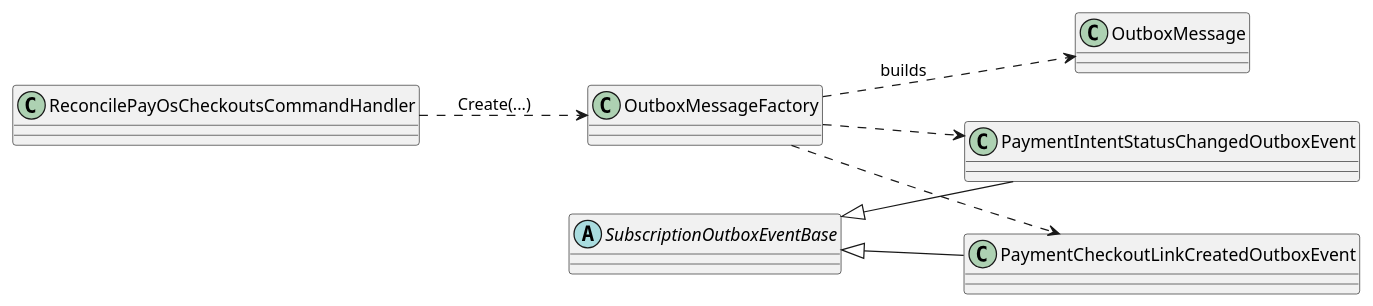
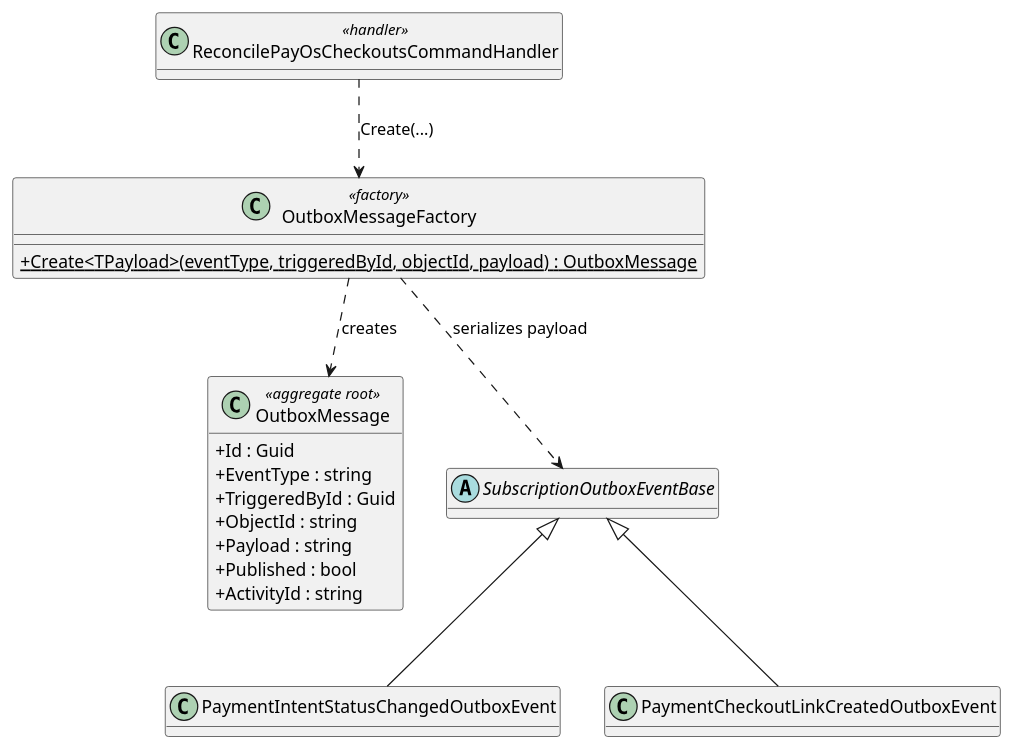
Before and after one commit to tinse-22/GSP26SE43.ModularMonolith: diagram 16 of 28 in docs/architecture/UML_CLASS_DIAGRAM_SOURCE.md, drawn with PlantUML. The commit also changed other lines of this file and 10 other files, not shown here.

````diff
--- a/docs/architecture/UML_CLASS_DIAGRAM_SOURCE.md
+++ b/docs/architecture/UML_CLASS_DIAGRAM_SOURCE.md
@@ -672,20 +1410,35 @@
 ```plantuml
 @startuml
-left to right direction
+skinparam classAttributeIconSize 0
+hide empty methods
 
-class ReconcilePayOsCheckoutsCommandHandler
-class OutboxMessageFactory
-class OutboxMessage
-abstract class SubscriptionOutboxEventBase
+class OutboxMessageFactory <<factory>> {
+  + {static} Create<TPayload>(eventType, triggeredById, objectId, payload) : OutboxMessage
+}
+
+class OutboxMessage <<aggregate root>> {
+  + Id : Guid
+  + EventType : string
+  + TriggeredById : Guid
+  + ObjectId : string
+  + Payload : string
+  + Published : bool
+  + ActivityId : string
+}
+
+abstract class SubscriptionOutboxEventBase {
+}
+
 class PaymentIntentStatusChangedOutboxEvent
 class PaymentCheckoutLinkCreatedOutboxEvent
+
+class ReconcilePayOsCheckoutsCommandHandler <<handler>>
 
 SubscriptionOutboxEventBase <|-- PaymentIntentStatusChangedOutboxEvent
 SubscriptionOutboxEventBase <|-- PaymentCheckoutLinkCreatedOutboxEvent
 
 ReconcilePayOsCheckoutsCommandHandler ..> OutboxMessageFactory : Create(...)
-OutboxMessageFactory ..> OutboxMessage : builds
-OutboxMessageFactory ..> PaymentIntentStatusChangedOutboxEvent
-OutboxMessageFactory ..> PaymentCheckoutLinkCreatedOutboxEvent
+OutboxMessageFactory ..> OutboxMessage : creates
+OutboxMessageFactory ..> SubscriptionOutboxEventBase : serializes payload
 @enduml
 ```
````
